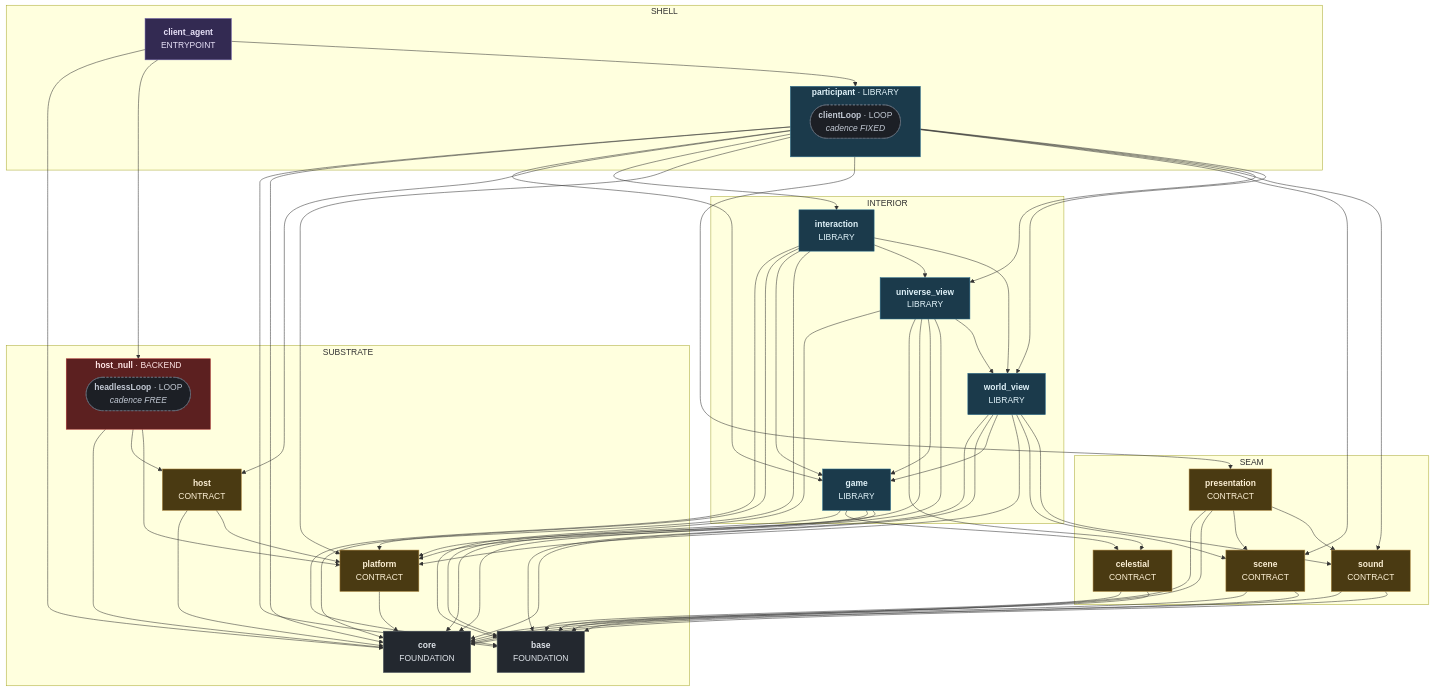
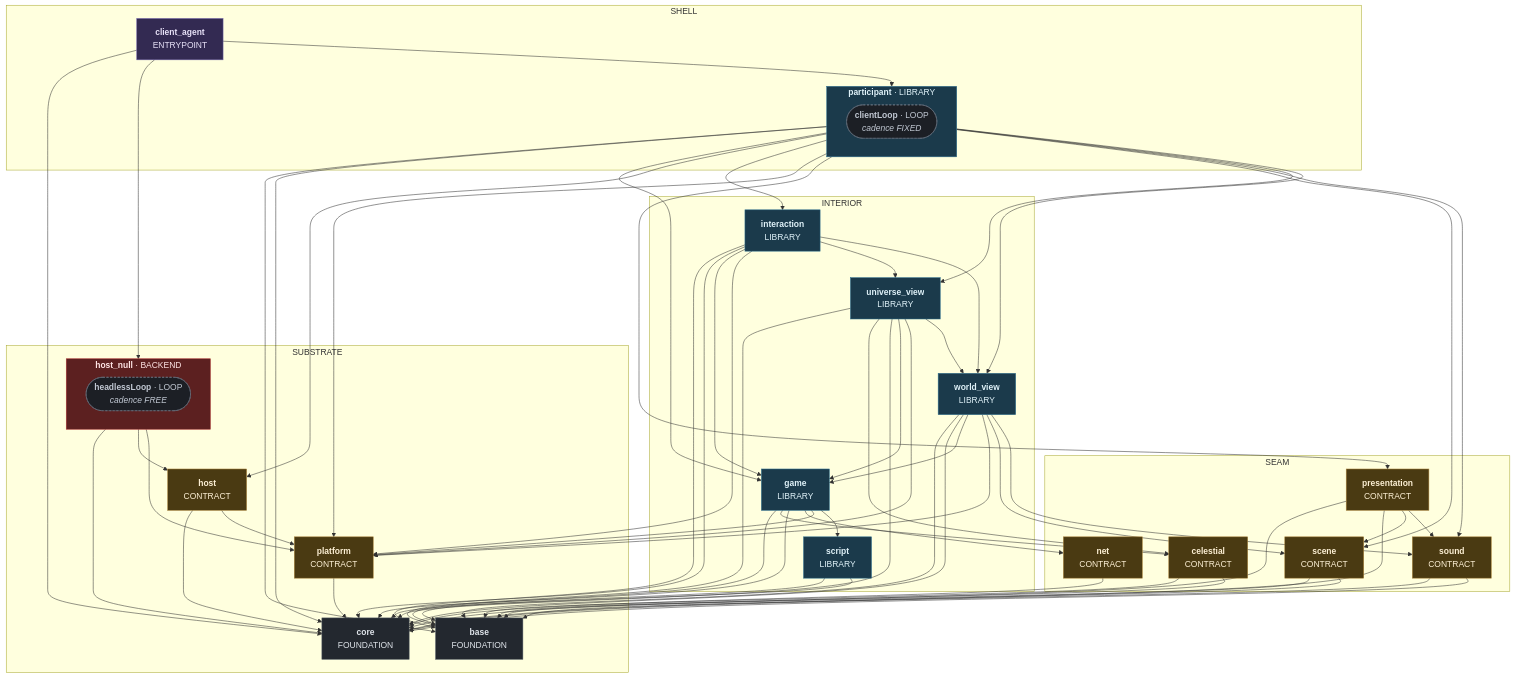
The third of 10 diagrams in docs/superpowers/specs/2026-08-01-sovereign-headless-client-design.md (apnex/OpenStarbound), drawn with Mermaid before and after one commit. The commit also changed other lines of this file and 2 other files, not shown here.

````diff
--- a/docs/superpowers/specs/2026-08-01-sovereign-headless-client-design.md
+++ b/docs/superpowers/specs/2026-08-01-sovereign-headless-client-design.md
@@ -1139,6 +1228,7 @@
   end
   subgraph Z_SEAM ["SEAM"]
     celestial["<b>celestial</b><br/>CONTRACT"]
+    net["<b>net</b><br/>CONTRACT"]
     presentation["<b>presentation</b><br/>CONTRACT"]
     scene["<b>scene</b><br/>CONTRACT"]
     sound["<b>sound</b><br/>CONTRACT"]
@@ -1146,6 +1236,7 @@
   subgraph Z_INTERIOR ["INTERIOR"]
     game["<b>game</b><br/>LIBRARY"]
     interaction["<b>interaction</b><br/>LIBRARY"]
+    script["<b>script</b><br/>LIBRARY"]
     universe_view["<b>universe_view</b><br/>LIBRARY"]
     world_view["<b>world_view</b><br/>LIBRARY"]
   end
@@ -1163,7 +1254,9 @@
   game --> base
   game --> celestial
   game --> core
+  game --> net
   game --> platform
+  game --> script
   host --> core
   host --> platform
   host_null --> core
@@ -1175,6 +1268,7 @@
   interaction --> platform
   interaction --> universe_view
   interaction --> world_view
+  net --> core
   participant --> base
   participant --> core
   participant --> game
@@ -1193,6 +1287,8 @@
   presentation --> sound
   scene --> base
   scene --> core
+  script --> base
+  script --> core
   sound --> base
   sound --> core
   universe_view --> base
@@ -1214,9 +1310,9 @@
   classDef kEntrypoint fill:#332a52,stroke:#6d5fa8,color:#e8e2f8
   classDef kElement fill:#1c1f25,stroke:#6b7482,color:#c2c9d4,stroke-dasharray:4 3
   class base,core kFoundation
-  class celestial,host,platform,presentation,scene,sound kContract
+  class celestial,host,net,platform,presentation,scene,sound kContract
   class host_null kBackend
-  class game,interaction,participant,universe_view,world_view kLibrary
+  class game,interaction,participant,script,universe_view,world_view kLibrary
   class client_agent kEntrypoint
   class host_null_headlessLoop,participant_clientLoop kElement
 ```
````
